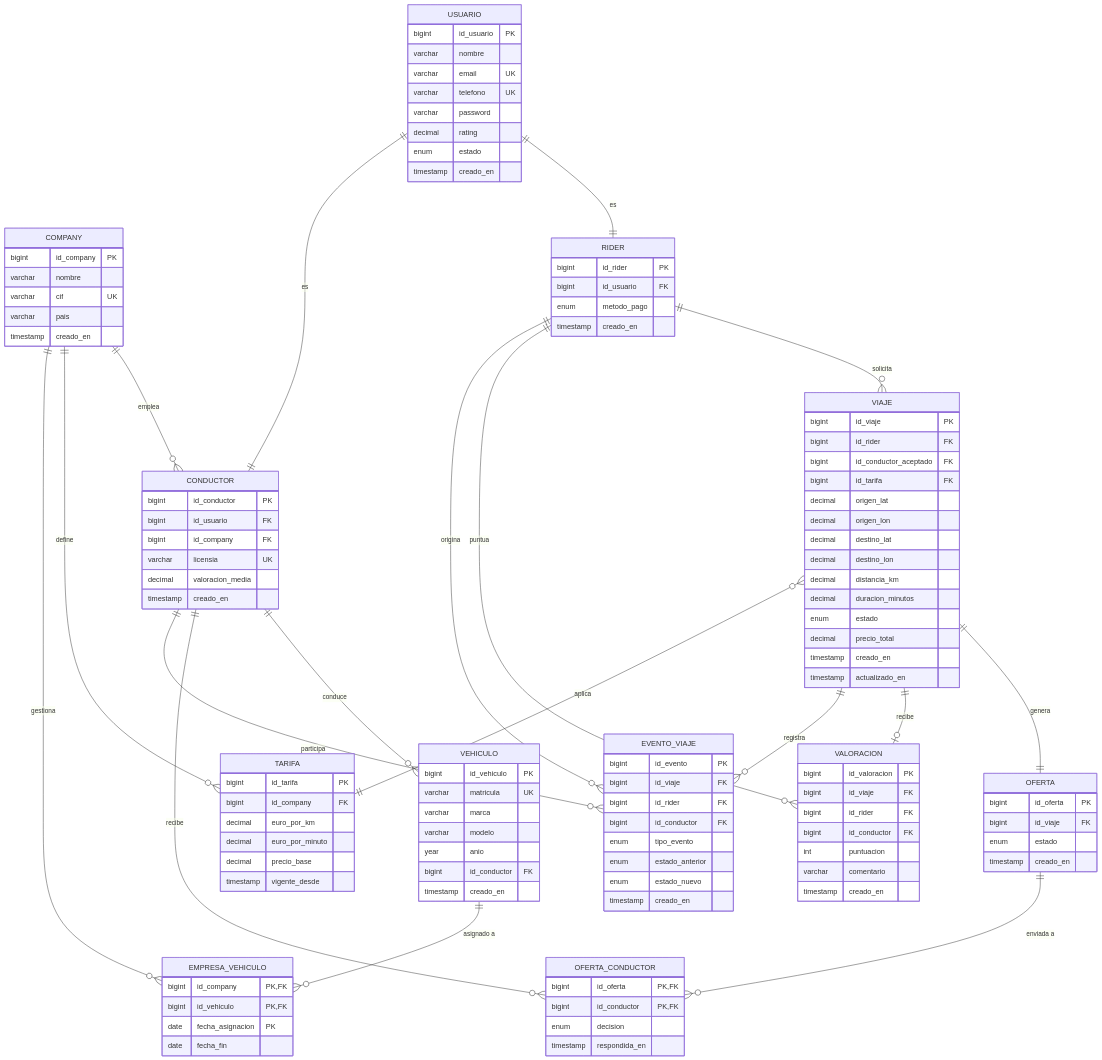
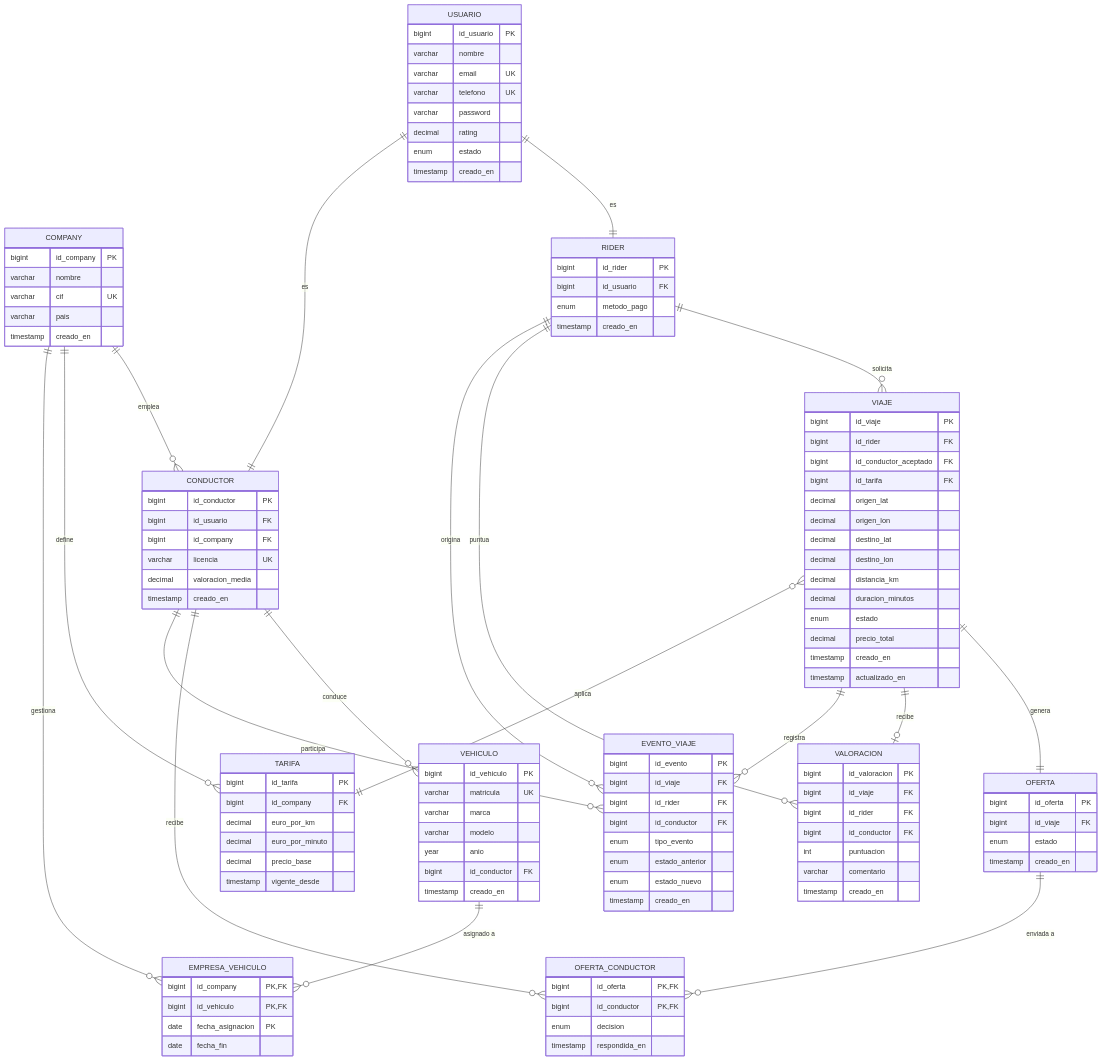
Before and after one commit to diego-vazquez-morales/BaseDeDatos: the diagram in DESIGN.md, drawn with Mermaid. The commit also changed other lines of this file, not shown here.

Commit message:
correccion

```diff
--- a/DESIGN.md
+++ b/DESIGN.md
@@ -38,7 +38,7 @@
         bigint id_conductor PK
         bigint id_usuario FK
         bigint id_company FK
-        varchar licensia UK
+        varchar licencia UK
         decimal valoracion_media
         timestamp creado_en
     }
```
